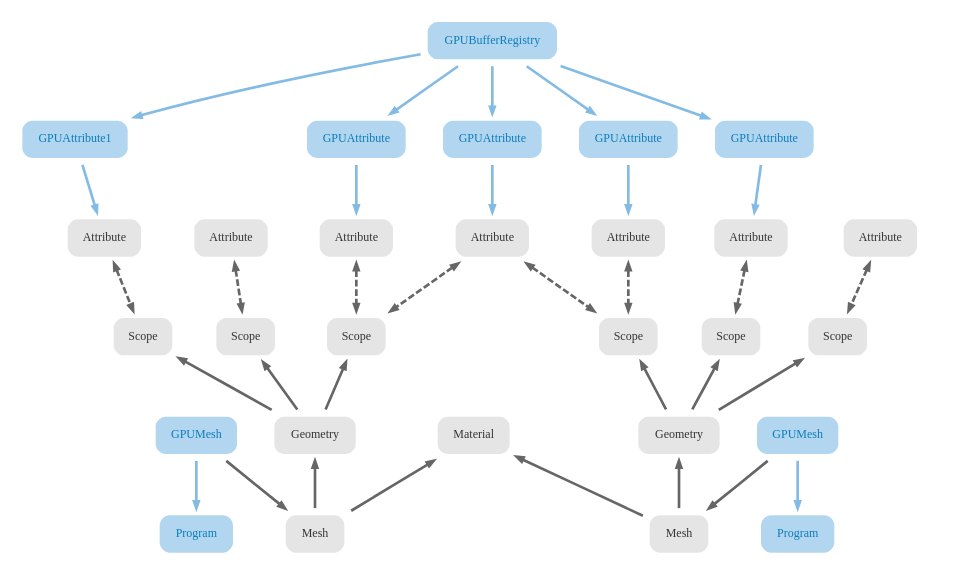
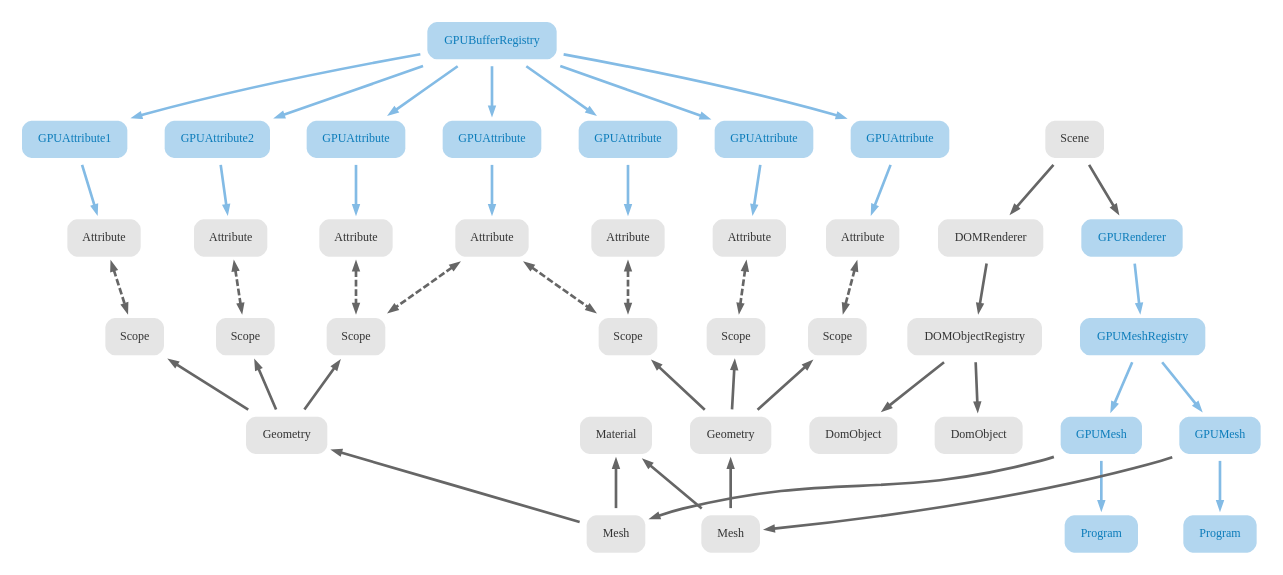
The diagram in docs/architecture.dot (enso-org/basegl-old), drawn with Graphviz before and after one commit. The commit also changed 3 other files, not shown here.

```diff
--- a/docs/architecture.dot
+++ b/docs/architecture.dot
@@ -1,101 +1,121 @@
 digraph G {
 
   node  [style="rounded,filled" shape=box fillcolor="#e5e5e5" fontcolor="#333333" color=white penwidth=10 margin=0.2]
   graph [fontname="QuickSand" fontsize=9 outputorder="nodesfirst"];
   node  [fontname="QuickSand" fontsize=9 pin=true];
   edge  [fontname="QuickSand" fontsize=9 arrowsize=.5, penwidth=2, color="#666666"];
   
   
   attr1 [label="Attribute" pos="1.0,5.0!"]
   attr2 [label="Attribute" pos="2.2,5.0!"]
   attr3 [label="Attribute" pos="3.4,5.0!"]
   attr4 [label="Attribute" pos="4.6,5.0!"]
   attr5 [label="Attribute" pos="5.8,5.0!"]
   attr6 [label="Attribute" pos="7.0,5.0!"]
   attr7 [label="Attribute" pos="8.2,5.0!"]
   
   subgraph GPU {
       node [fillcolor="#b2d6ef" fontcolor="#0c7cba"]
       edge [color="#83bbe5"]
       
       bufferRegistry [label="GPUBufferRegistry" pos="4.6,7.0!"]
       gpuAttr1 [label="GPUAttribute1" pos="1.0,6.0!"]
-      gpuAttr2 [label="GPUAttribute2" pos="2.2,6.0!"] [style=invis]
+      gpuAttr2 [label="GPUAttribute2" pos="2.2,6.0!"]
       gpuAttr3 [label="GPUAttribute"  pos="3.4,6.0!"]
       gpuAttr4 [label="GPUAttribute"  pos="4.6,6.0!"]
       gpuAttr5 [label="GPUAttribute"  pos="5.8,6.0!"]
       gpuAttr6 [label="GPUAttribute"  pos="7.0,6.0!"]
-      gpuAttr7 [label="GPUAttribute"  pos="8.2,6.0!"] [style=invis]
+      gpuAttr7 [label="GPUAttribute"  pos="8.2,6.0!"]
       
       prog1 [label="Program", pos="3.4,2.0!"]
       prog2 [label="Program", pos="5.8,2.0!"]
       
       gpuMesh1 [label="GPUMesh", pos="2.75,1.0!"]
       gpuMesh2 [label="GPUMesh", pos="6.45,1.0!"]
+      gpuMeshRegistry [label="GPUMeshRegistry", pos="4.6,0.0!"]
+      gpuRenderer [label="GPURenderer", pos="4.6,-1.0!"]
       
       bufferRegistry -> gpuAttr1
-      bufferRegistry -> gpuAttr2 [style=invis]
+      bufferRegistry -> gpuAttr2
       bufferRegistry -> gpuAttr3
       bufferRegistry -> gpuAttr4
       bufferRegistry -> gpuAttr5
       bufferRegistry -> gpuAttr6
-      bufferRegistry -> gpuAttr7 [style=invis]
+      bufferRegistry -> gpuAttr7
       
       gpuAttr1 -> attr1
-      gpuAttr2 -> attr2 [style=invis]
+      gpuAttr2 -> attr2
       gpuAttr3 -> attr3
       gpuAttr4 -> attr4
       gpuAttr5 -> attr5
       gpuAttr6 -> attr6
-      gpuAttr7 -> attr7 [style=invis]
+      gpuAttr7 -> attr7
       
       gpuMesh1 -> prog1
       gpuMesh2 -> prog2
+      
+      gpuMeshRegistry -> gpuMesh1
+      gpuMeshRegistry -> gpuMesh2
+      gpuRenderer -> gpuMeshRegistry
   }
   
+  domObject1 [label="DomObject", pos="9.4,1.0!"]
+  domObject2 [label="DomObject", pos="10.6,1.0!"]
+  domObjectRegistry [label="DOMObjectRegistry", pos="10.0,0.0!"]
+  
+  domRenderer [label="DOMRenderer", pos="10.0,-1.0!"]
+  
+  domRenderer -> domObjectRegistry
+  domObjectRegistry -> domObject1
+  domObjectRegistry -> domObject2
+  
+  scene [label="Scene", pos="7.4,-3.0!"]
+  
+  scene -> gpuRenderer
+  scene -> domRenderer
   
   scope1 [label="Scope" pos="1.0,4.0!"]
   scope2 [label="Scope" pos="2.2,4.0!"]
   scope3 [label="Scope" pos="3.4,4.0!"]
   scope4 [label="Scope" pos="5.8,4.0!"]
   scope5 [label="Scope" pos="7.0,4.0!"]
   scope6 [label="Scope" pos="8.2,4.0!"]
   
   geo1 [label="Geometry" pos="2.2,3.0!"]
   geo2 [label="Geometry" pos="7.0,3.0!"]
   
   mesh1 [label="Mesh" pos="2.2,2.0!"]
   mesh2 [label="Mesh" pos="7.0,2.0!"]
   
   mat [label="Material", pos="4.6,3.0!"]
 
   
   gpuMesh1 -> mesh1
   gpuMesh2 -> mesh2
   
 
   
   attr1 -> scope1 [dir=both style=dashed]
   attr2 -> scope2 [dir=both style=dashed]
   attr3 -> scope3 [dir=both style=dashed]
   attr4 -> scope3 [dir=both style=dashed]
   attr4 -> scope4 [dir=both style=dashed]
   attr5 -> scope4 [dir=both style=dashed]
   attr6 -> scope5 [dir=both style=dashed]
   attr7 -> scope6 [dir=both style=dashed]
   
   scope1 -> geo1 [dir=back]
   scope2 -> geo1 [dir=back]
   scope3 -> geo1 [dir=back]
   
   scope4 -> geo2 [dir=back]
   scope5 -> geo2 [dir=back]
   scope6 -> geo2 [dir=back]
   
   geo1 -> mesh1 [dir=back]
   geo2 -> mesh2 [dir=back]
   
   mat -> mesh1 [dir=back]
   mat -> mesh2 [dir=back]
   
 }
```
